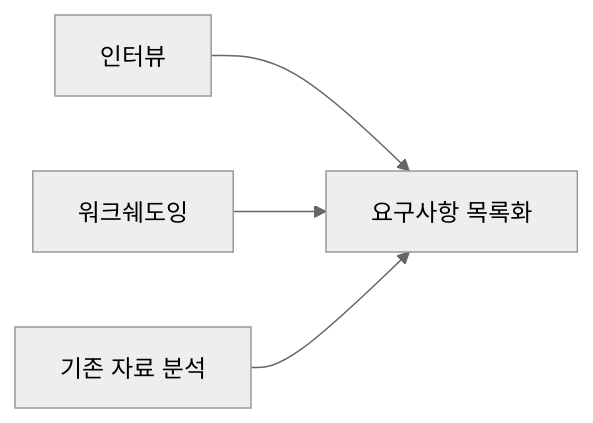
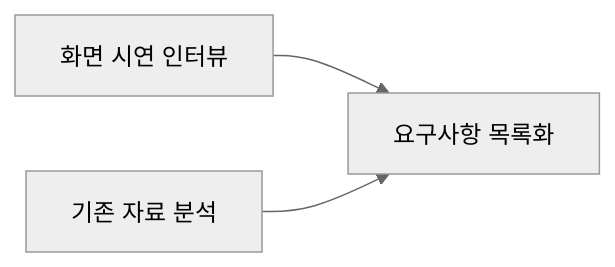
Before and after one commit to sknkwoxs/manual-book: the third of 3 diagrams in src/content/docs/goodthinking-isp/02-analysis/index.md, drawn with Mermaid (neutral theme). The commit also changed other lines of this file and 7 other files, not shown here.

First line of the commit message:
docs(goodthinking-isp): 일정 마일스톤 정리 및 '워크쉐도잉' → '화면 시연 인터뷰' 용어 통일

````diff
--- a/src/content/docs/goodthinking-isp/02-analysis/index.md
+++ b/src/content/docs/goodthinking-isp/02-analysis/index.md
@@ -108,6 +102,5 @@
 ```mermaid
 graph LR
-    A["인터뷰"] --> D["요구사항 목록화"]
-    B["워크쉐도잉"] --> D
+    A["화면 시연 인터뷰"] --> D["요구사항 목록화"]
     C["기존 자료 분석"] --> D
 ```
````
